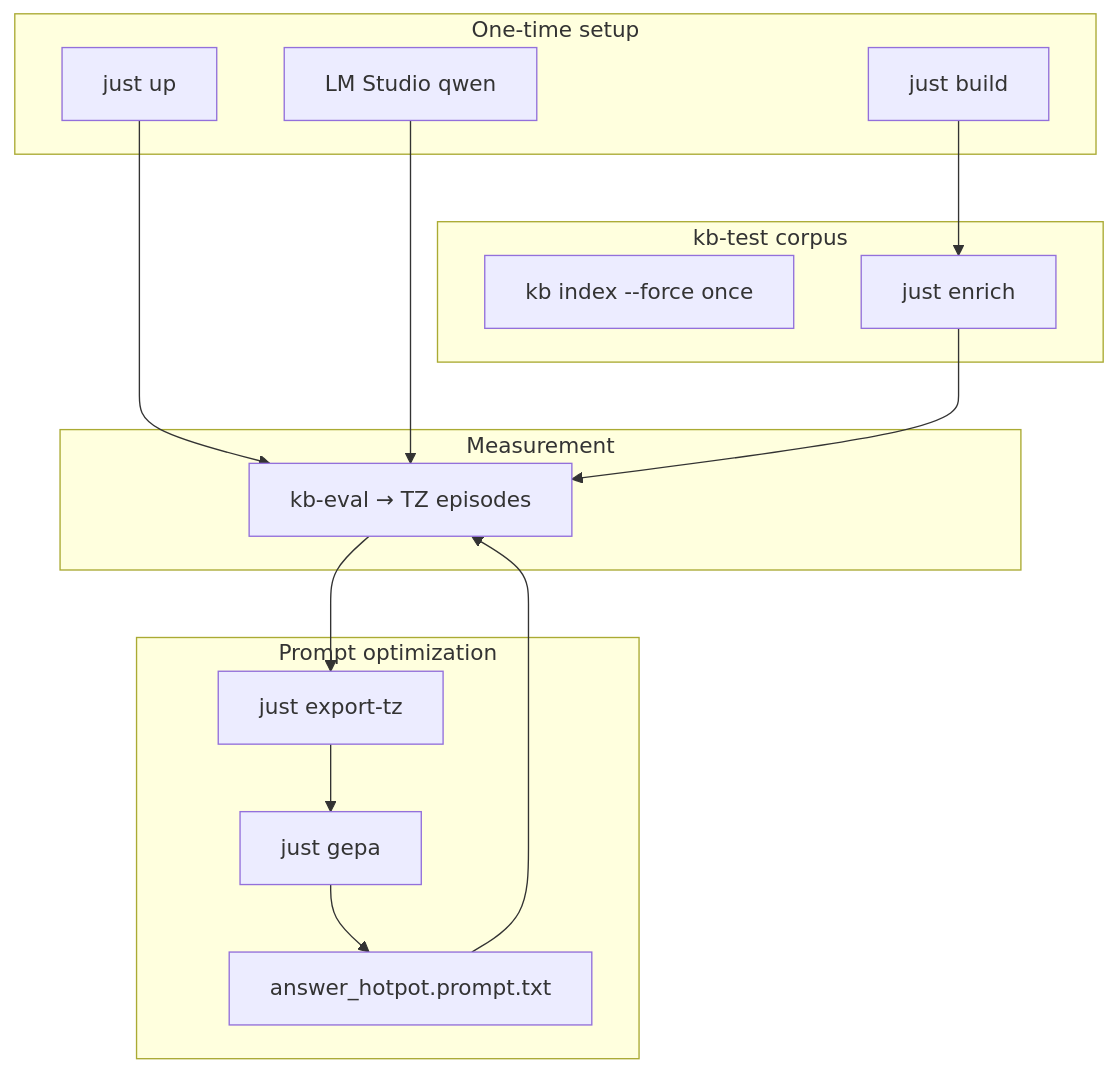
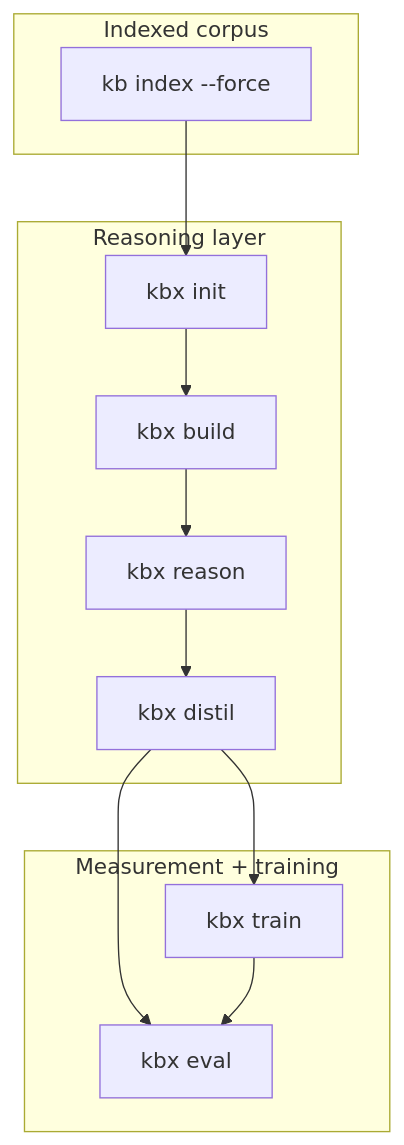
The diagram in docs/eval-and-training.md (metalmon/glossa), drawn with Mermaid before and after one commit. The commit also changed other lines of this file and 5 other files, not shown here.

````diff
--- a/docs/eval-and-training.md
+++ b/docs/eval-and-training.md
@@ -13,32 +15,26 @@
 ```mermaid
 flowchart TB
-  subgraph once [One-time setup]
-    build[just build]
-    up[just up]
-    lm[LM Studio qwen]
+  subgraph corpus [Indexed corpus]
+    index[kb index --force]
   end
 
-  subgraph corpus [kb-test corpus]
-    index[kb index --force once]
-    enrich[just enrich]
+  subgraph graph [Reasoning layer]
+    init[kbx init]
+    build[kbx build]
+    reason[kbx reason]
+    distil[kbx distil]
   end
 
-  subgraph measure [Measurement]
-    eval[kb-eval → TZ episodes]
+  subgraph work [Measurement + training]
+    eval[kbx eval]
+    train[kbx train]
   end
 
-  subgraph train [Prompt optimization]
-    export[just export-tz]
-    gepa[just gepa]
-    prompt[answer_hotpot.prompt.txt]
-  end
-
-  build --> enrich
-  up --> eval
-  lm --> eval
-  enrich --> eval
-  eval --> export
-  export --> gepa
-  gepa --> prompt
-  prompt --> eval
+  index --> init
+  init --> build
+  build --> reason
+  reason --> distil
+  distil --> eval
+  distil --> train
+  train --> eval
 ```
````
